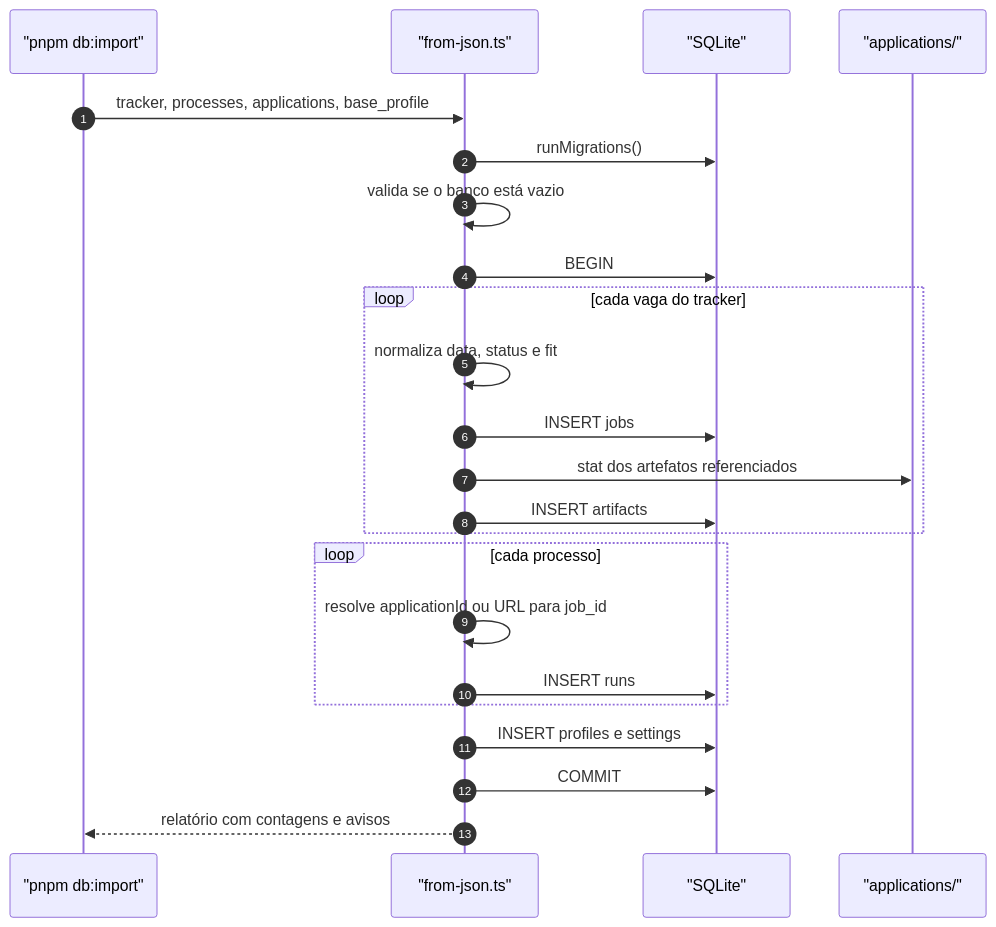
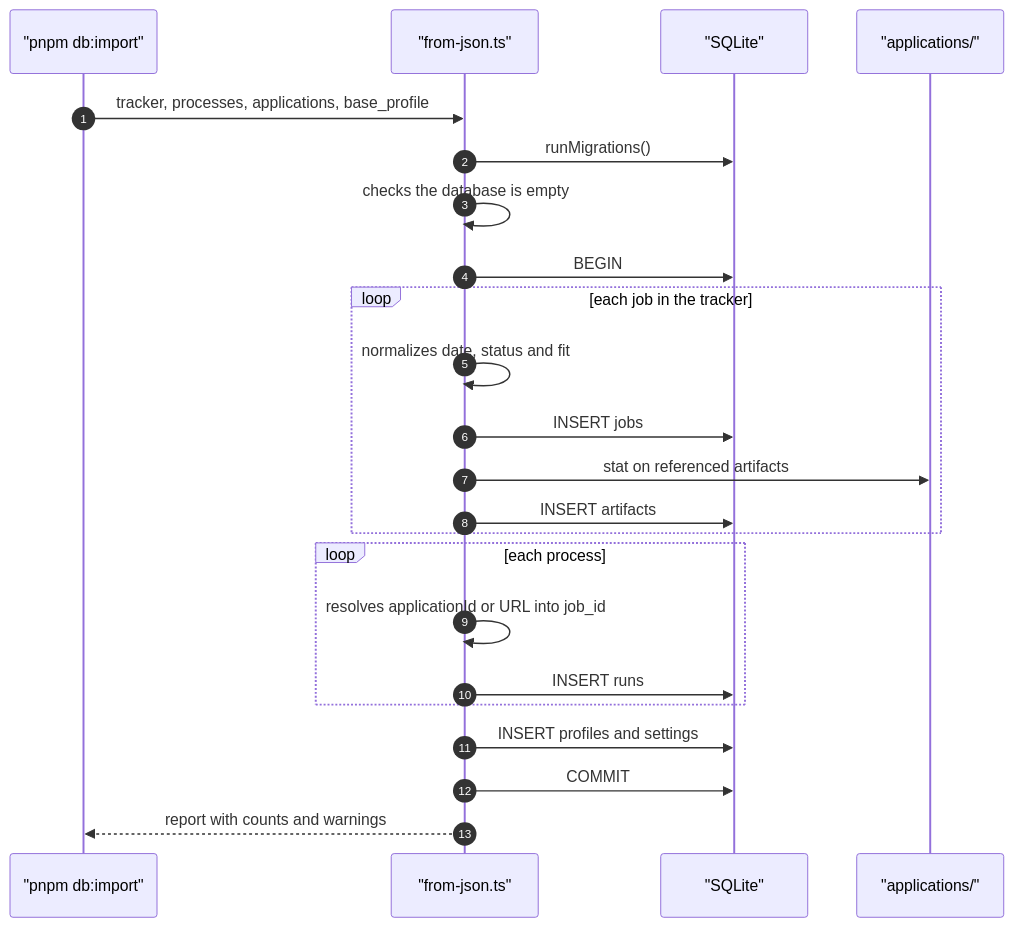
Before and after one commit to HDias/job-search: the fifth of 7 diagrams in docs/architecture.md, drawn with Mermaid. The commit also changed other lines of this file and 29 other files, not shown here.

````diff
--- a/docs/architecture.md
+++ b/docs/architecture.md
@@ -165,26 +165,26 @@
 ```mermaid
 sequenceDiagram
   autonumber
   participant CLI as "pnpm db:import"
   participant IMP as "from-json.ts"
   participant DB as "SQLite"
   participant FS as "applications/"
 
   CLI->>IMP: tracker, processes, applications, base_profile
   IMP->>DB: runMigrations()
-  IMP->>IMP: valida se o banco está vazio
+  IMP->>IMP: checks the database is empty
   IMP->>DB: BEGIN
-  loop cada vaga do tracker
-    IMP->>IMP: normaliza data, status e fit
+  loop each job in the tracker
+    IMP->>IMP: normalizes date, status and fit
     IMP->>DB: INSERT jobs
-    IMP->>FS: stat dos artefatos referenciados
+    IMP->>FS: stat on referenced artifacts
     IMP->>DB: INSERT artifacts
   end
-  loop cada processo
-    IMP->>IMP: resolve applicationId ou URL para job_id
+  loop each process
+    IMP->>IMP: resolves applicationId or URL into job_id
     IMP->>DB: INSERT runs
   end
-  IMP->>DB: INSERT profiles e settings
+  IMP->>DB: INSERT profiles and settings
   IMP->>DB: COMMIT
-  IMP-->>CLI: relatório com contagens e avisos
+  IMP-->>CLI: report with counts and warnings
 ```
````
